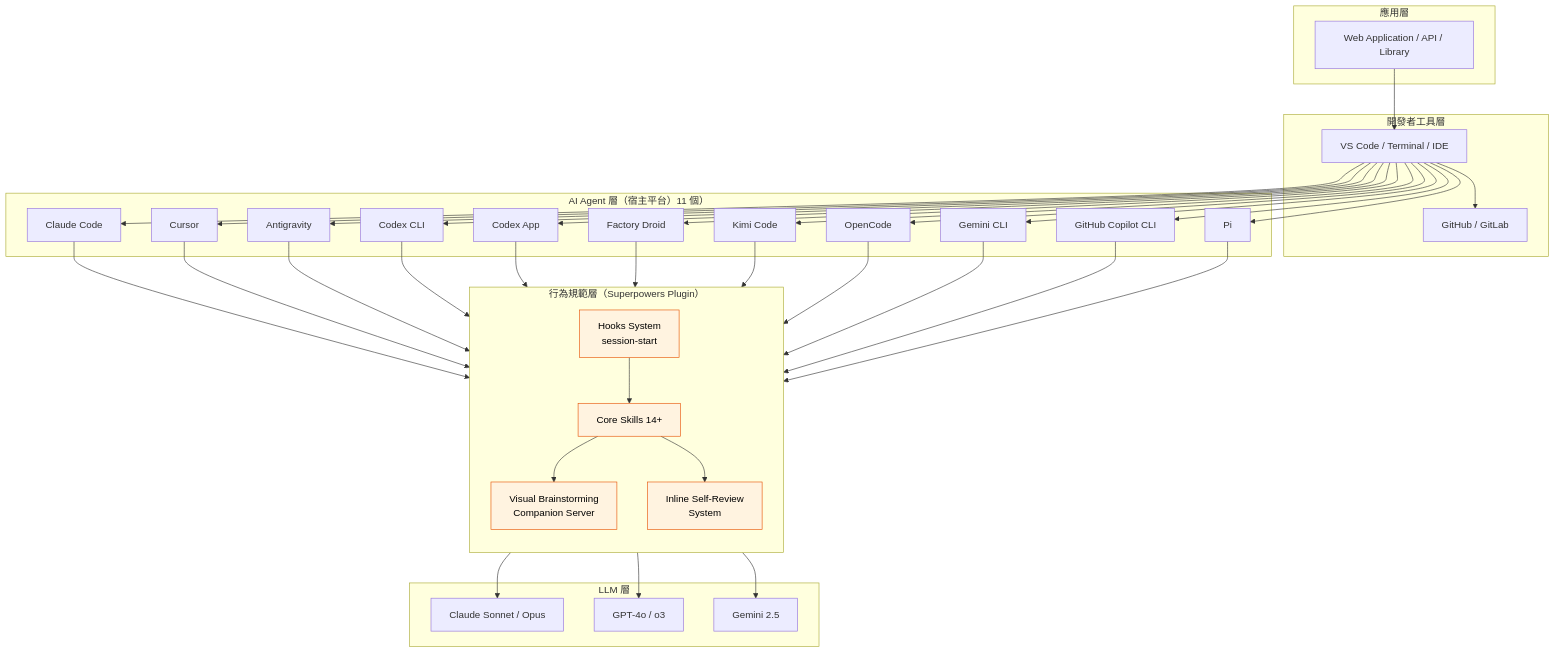
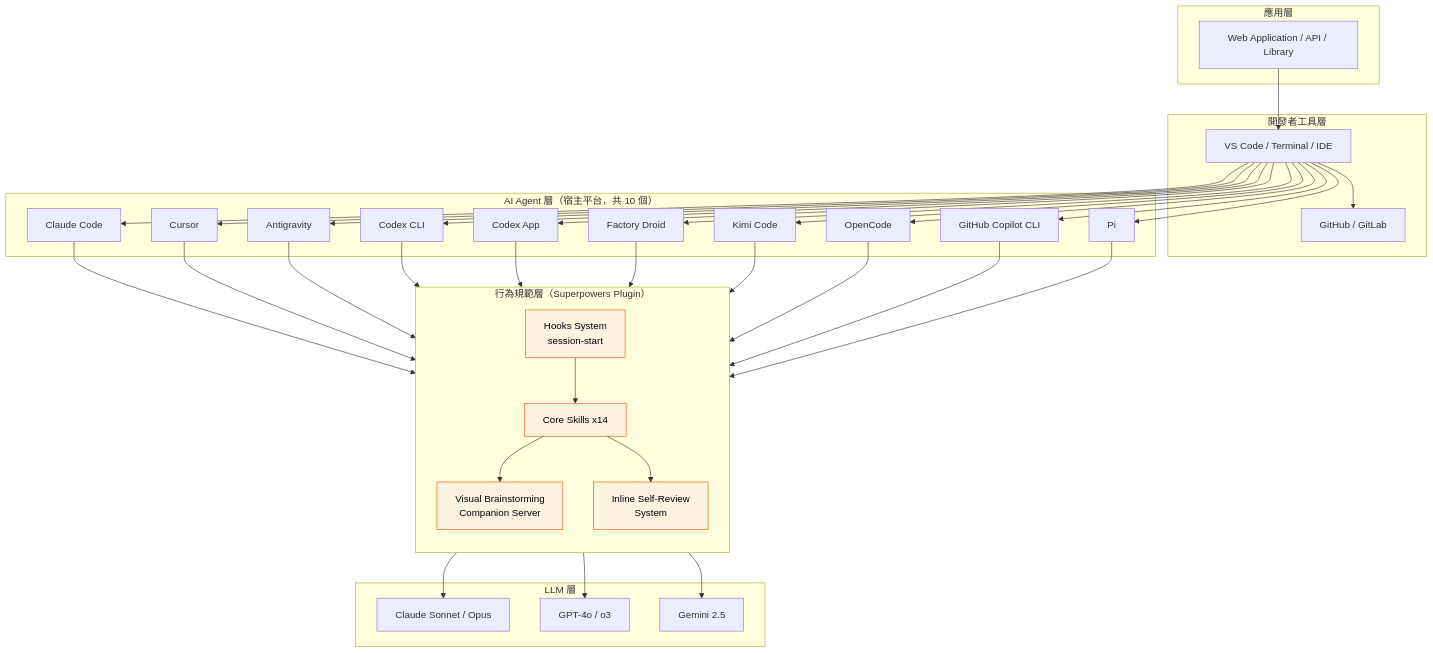
One commit to chihhung/Blog changed the fourth of 44 diagrams in content/posts/教學/AI開發/Superpowers教學手冊.md. Above: the diagram before and after it, drawn with Mermaid. The commit also changed other lines of this file, not shown here.

````diff
--- a/content/posts/教學/AI開發/Superpowers教學手冊.md
+++ b/content/posts/教學/AI開發/Superpowers教學手冊.md
@@ -337,52 +346,51 @@
 ```mermaid
 graph TB
     subgraph "應用層"
         APP[Web Application / API / Library]
     end
     
     subgraph "開發者工具層"
         IDE[VS Code / Terminal / IDE]
         GIT[GitHub / GitLab]
     end
     
-    subgraph "AI Agent 層（宿主平台）11 個）"
+    subgraph "AI Agent 層（宿主平台，共 10 個）"
         CC[Claude Code]
         CU[Cursor]
         AGY[Antigravity]
         CDX[Codex CLI]
         CDXA[Codex App]
         FD[Factory Droid]
         KIMI[Kimi Code]
         OC[OpenCode]
-        GC[Gemini CLI]
         GCLI[GitHub Copilot CLI]
         PI[Pi]
     end
     
     subgraph "行為規範層（Superpowers Plugin）"
         direction TB
         SP_HOOK[Hooks System<br/>session-start]
-        SP_CORE[Core Skills 14+]
+        SP_CORE[Core Skills x14]
         SP_VIS[Visual Brainstorming<br/>Companion Server]
         SP_DOC[Inline Self-Review<br/>System]
     end
     
     subgraph "LLM 層"
         CLAUDE[Claude Sonnet / Opus]
         GPT[GPT-4o / o3]
         GEM[Gemini 2.5]
     end
     
     APP --> IDE
-    IDE --> CC & CU & AGY & CDX & CDXA & FD & KIMI & OC & GC & GCLI & PI
-    CC & CU & AGY & CDX & CDXA & FD & KIMI & OC & GC & GCLI & PI --> SP_HOOK
+    IDE --> CC & CU & AGY & CDX & CDXA & FD & KIMI & OC & GCLI & PI
+    CC & CU & AGY & CDX & CDXA & FD & KIMI & OC & GCLI & PI --> SP_HOOK
     SP_HOOK --> SP_CORE
     SP_CORE --> SP_VIS & SP_DOC
     SP_CORE --> CLAUDE & GPT & GEM
     IDE --> GIT
     
     style SP_HOOK fill:#fff3e0,stroke:#e65100,color:#000
     style SP_CORE fill:#fff3e0,stroke:#e65100,color:#000
     style SP_VIS fill:#fff3e0,stroke:#e65100,color:#000
     style SP_DOC fill:#fff3e0,stroke:#e65100,color:#000
 ```
````
